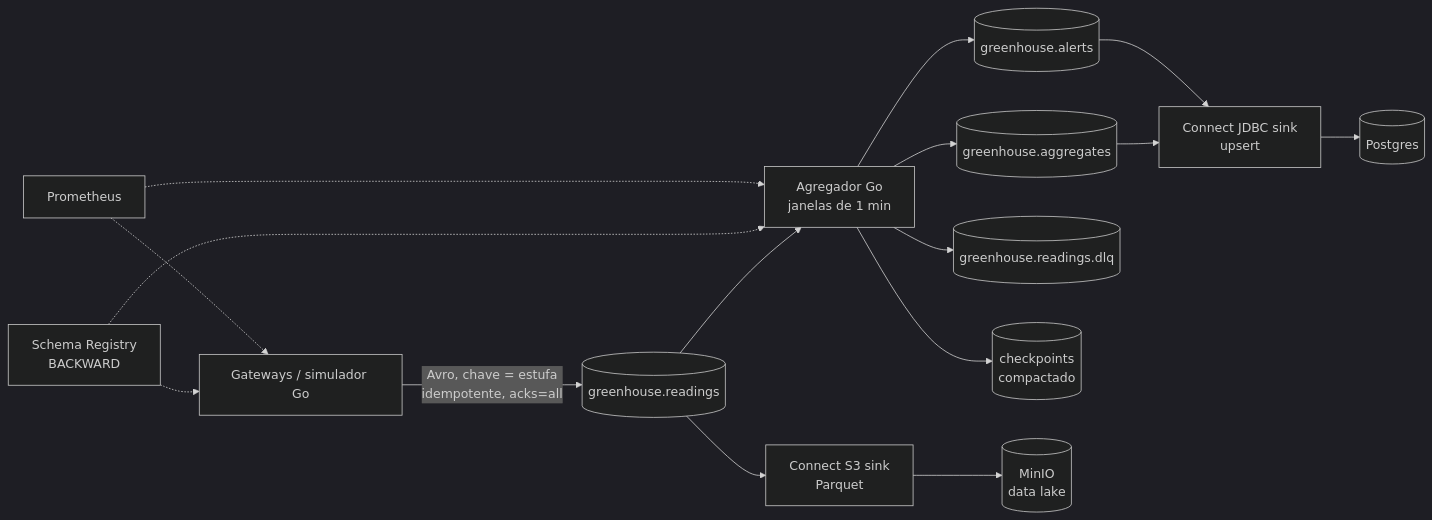
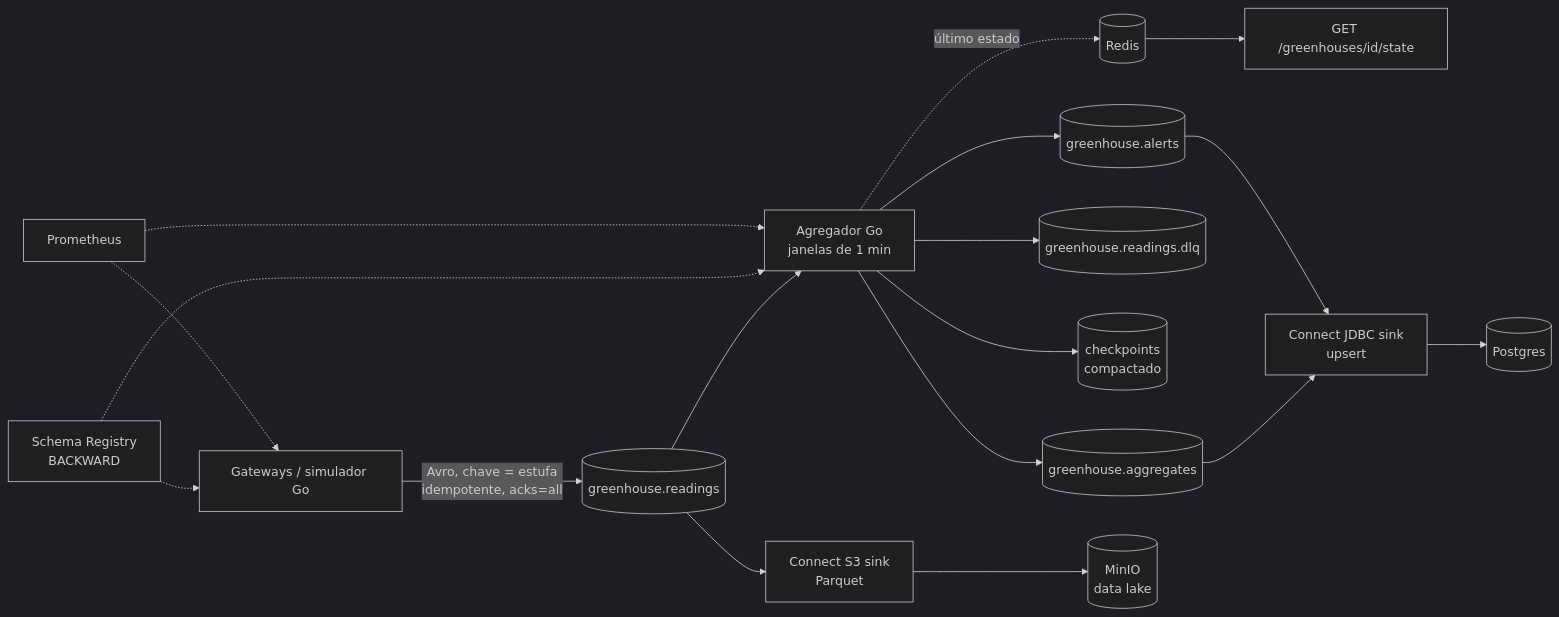
The diagram in README.md (JohnnyMatteus/kafka-telemetry), drawn with Mermaid (dark theme) before and after one commit. The commit also changed other lines of this file and 8 other files, not shown here.

````diff
--- a/README.md
+++ b/README.md
@@ -18,17 +18,19 @@
 ```mermaid
 flowchart LR
     GW[Gateways / simulador Go] -->|"Avro, chave = estufa<br/>idempotente, acks=all"| R[(greenhouse.readings)]
     SR[Schema Registry<br/>BACKWARD] -.-> GW
     R --> AGG[Agregador Go<br/>janelas de 1 min]
     SR -.-> AGG
     AGG --> AG[(greenhouse.aggregates)]
     AGG --> AL[(greenhouse.alerts)]
     AGG --> DLQ[(greenhouse.readings.dlq)]
     AGG --> CP[(checkpoints<br/>compactado)]
+    AGG -.->|último estado| RD[(Redis)]
+    RD --> API[GET /greenhouses/id/state]
     AG --> JDBC[Connect JDBC sink<br/>upsert]
     AL --> JDBC
     JDBC --> PG[(Postgres)]
     R --> S3[Connect S3 sink<br/>Parquet]
     S3 --> MINIO[(MinIO<br/>data lake)]
     PROM[Prometheus] -.-> GW & AGG
 ```
````
